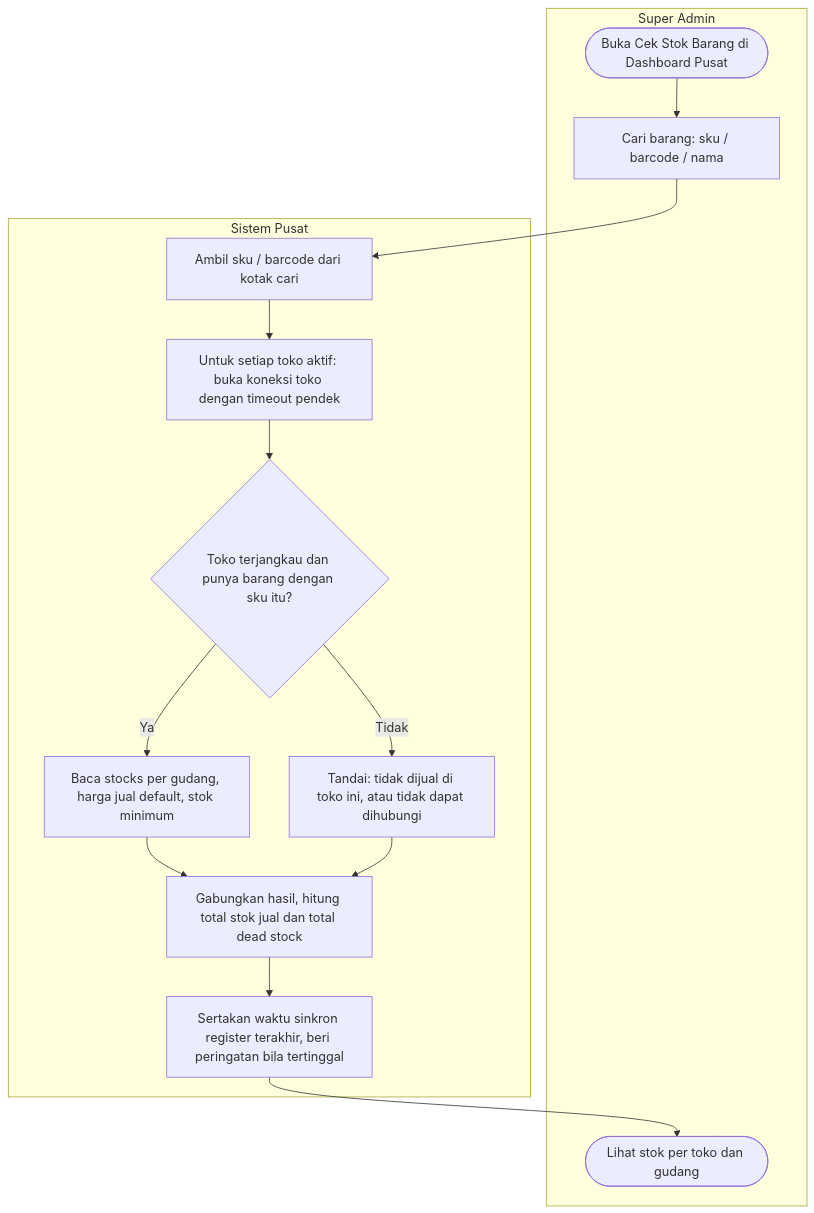
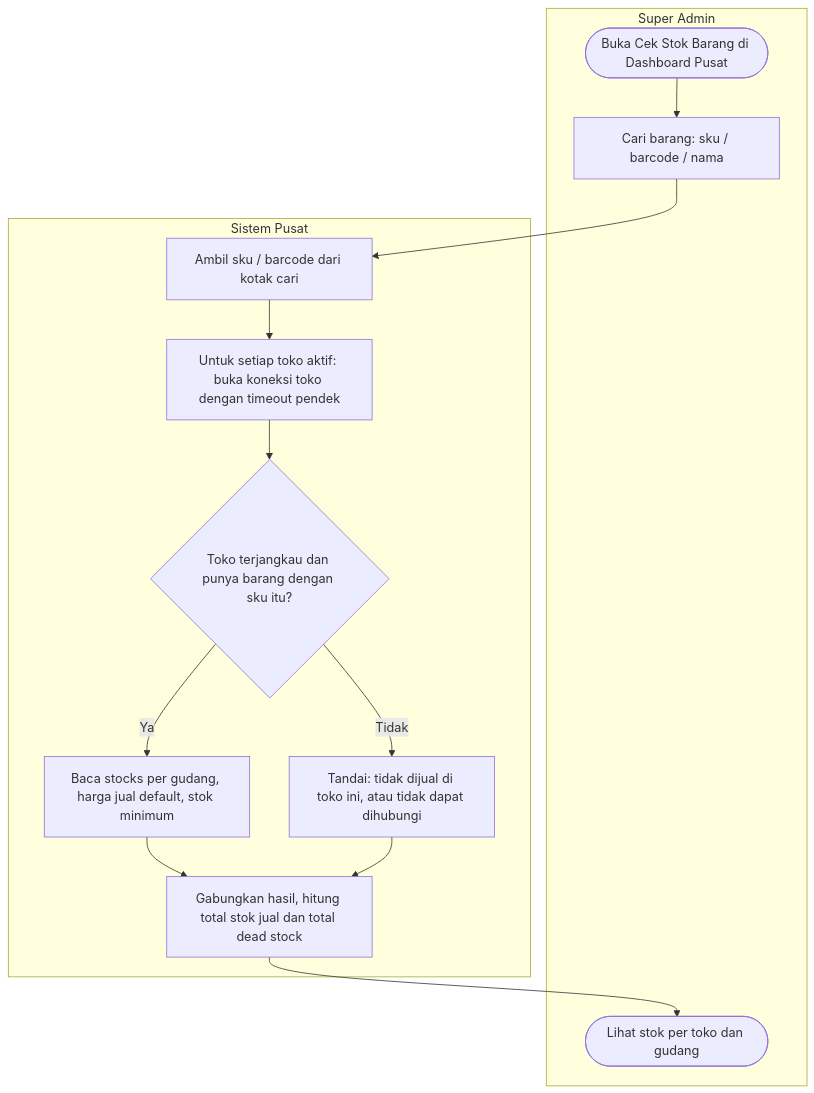
Before and after one commit to aliefpraditya/store-management: diagram 14 of 30 in docs/analisis-sistem.md, drawn with Mermaid. The commit also changed other lines of this file and 13 other files, not shown here.

First line of the commit message:
Redesign wireframe and diagrams for R1, split R2, add PDFs

````diff
--- a/docs/analisis-sistem.md
+++ b/docs/analisis-sistem.md
@@ -815,20 +790,19 @@
 ```mermaid
 flowchart TD
     subgraph SA["Super Admin"]
         A1(["Buka Cek Stok Barang di Dashboard Pusat"]) --> A2["Cari barang: sku / barcode / nama"]
         A9(["Lihat stok per toko dan gudang"])
     end
     subgraph SYS["Sistem Pusat"]
         S1["Ambil sku / barcode dari kotak cari"]
         S2["Untuk setiap toko aktif: buka koneksi toko dengan timeout pendek"]
         S3{"Toko terjangkau dan punya barang dengan sku itu?"}
         S4["Baca stocks per gudang, harga jual default, stok minimum"]
         S5["Tandai: tidak dijual di toko ini, atau tidak dapat dihubungi"]
         S6["Gabungkan hasil, hitung total stok jual dan total dead stock"]
-        S7["Sertakan waktu sinkron register terakhir, beri peringatan bila tertinggal"]
     end
     A2 --> S1 --> S2 --> S3
     S3 -->|"Ya"| S4 --> S6
     S3 -->|"Tidak"| S5 --> S6
-    S6 --> S7 --> A9
+    S6 --> A9
 ```
````
